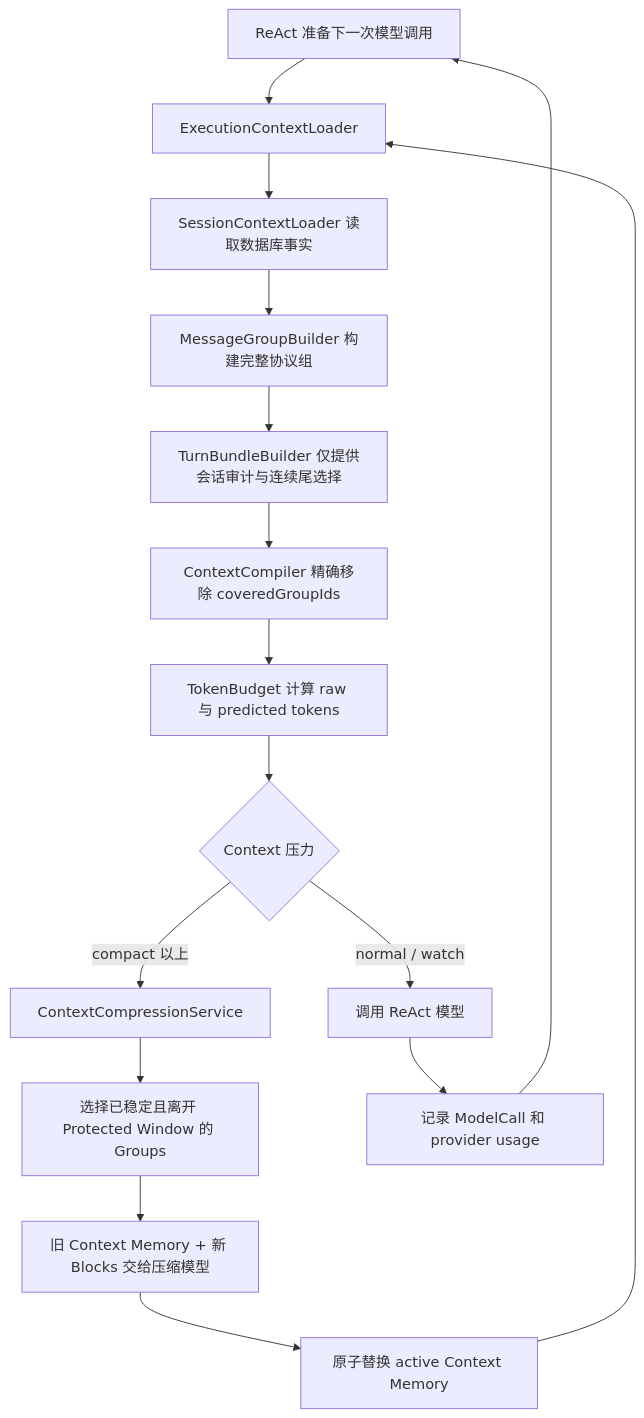
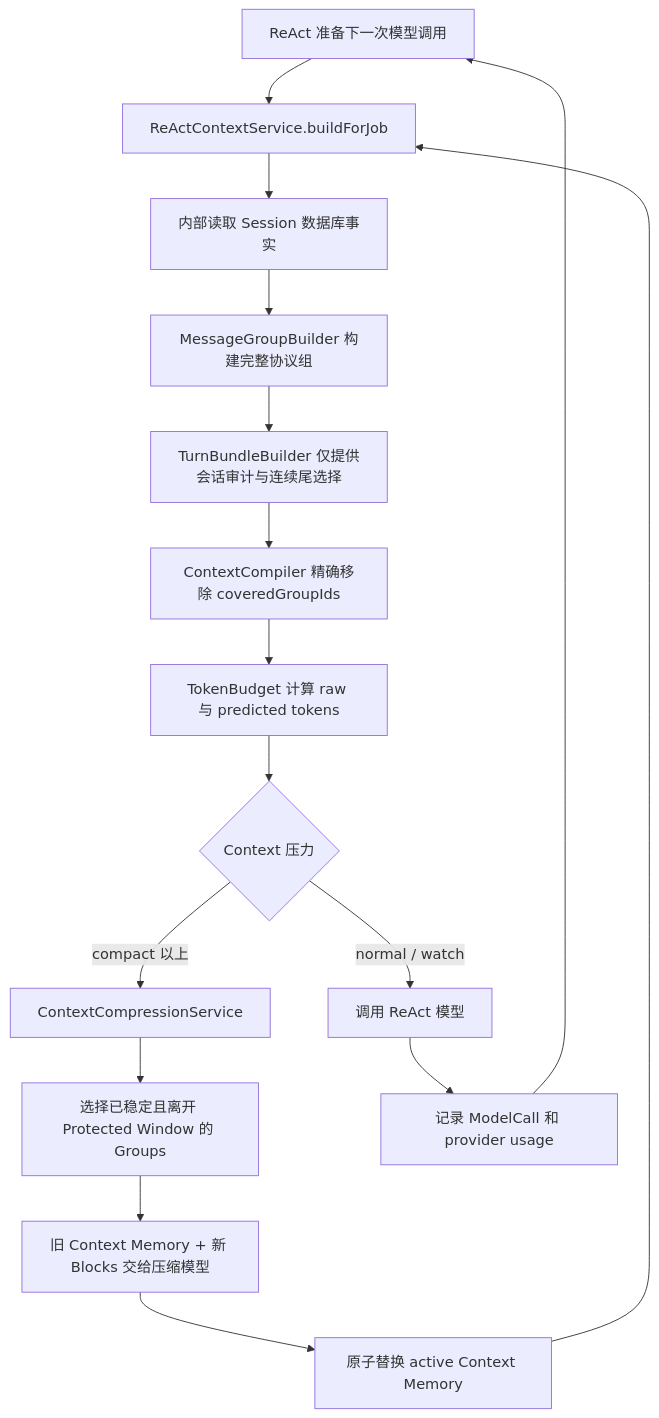
The first of 2 diagrams in docs/04-context-compression-token-strategy.md (lucyonegit/agent-runtime-v2), drawn with Mermaid before and after one commit. The commit also changed other lines of this file and 77 other files, not shown here.

````diff
--- a/docs/04-context-compression-token-strategy.md
+++ b/docs/04-context-compression-token-strategy.md
@@ -67,18 +67,18 @@
 ```mermaid
 flowchart TD
-    A["ReAct 准备下一次模型调用"] --> B["ExecutionContextLoader"]
-    B --> C["SessionContextLoader 读取数据库事实"]
+    A["ReAct 准备下一次模型调用"] --> B["ReActContextService.buildForJob"]
+    B --> C["内部读取 Session 数据库事实"]
     C --> D["MessageGroupBuilder 构建完整协议组"]
     D --> E["TurnBundleBuilder 仅提供会话审计与连续尾选择"]
     E --> F["ContextCompiler 精确移除 coveredGroupIds"]
     F --> G["TokenBudget 计算 raw 与 predicted tokens"]
     G --> H{"Context 压力"}
     H -->|normal / watch| I["调用 ReAct 模型"]
     H -->|compact 以上| J["ContextCompressionService"]
     J --> K["选择已稳定且离开 Protected Window 的 Groups"]
     K --> L["旧 Context Memory + 新 Blocks 交给压缩模型"]
     L --> M["原子替换 active Context Memory"]
     M --> B
     I --> N["记录 ModelCall 和 provider usage"]
     N --> A
 ```
````
